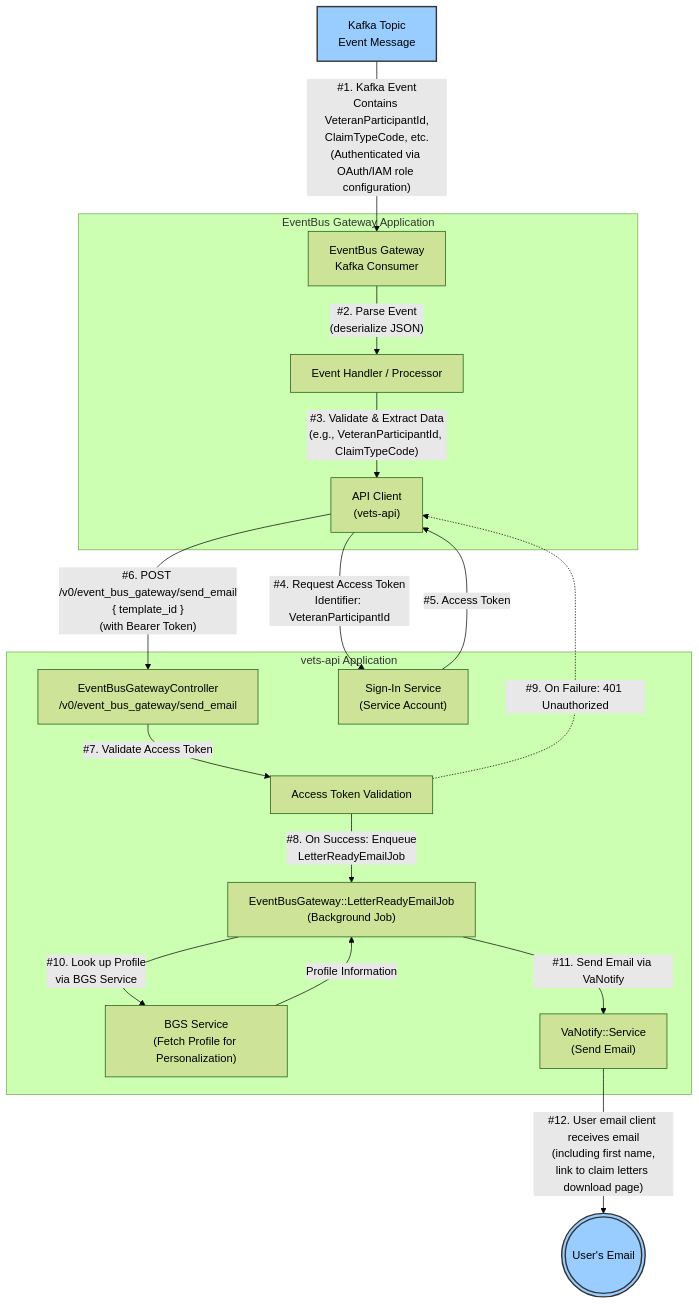
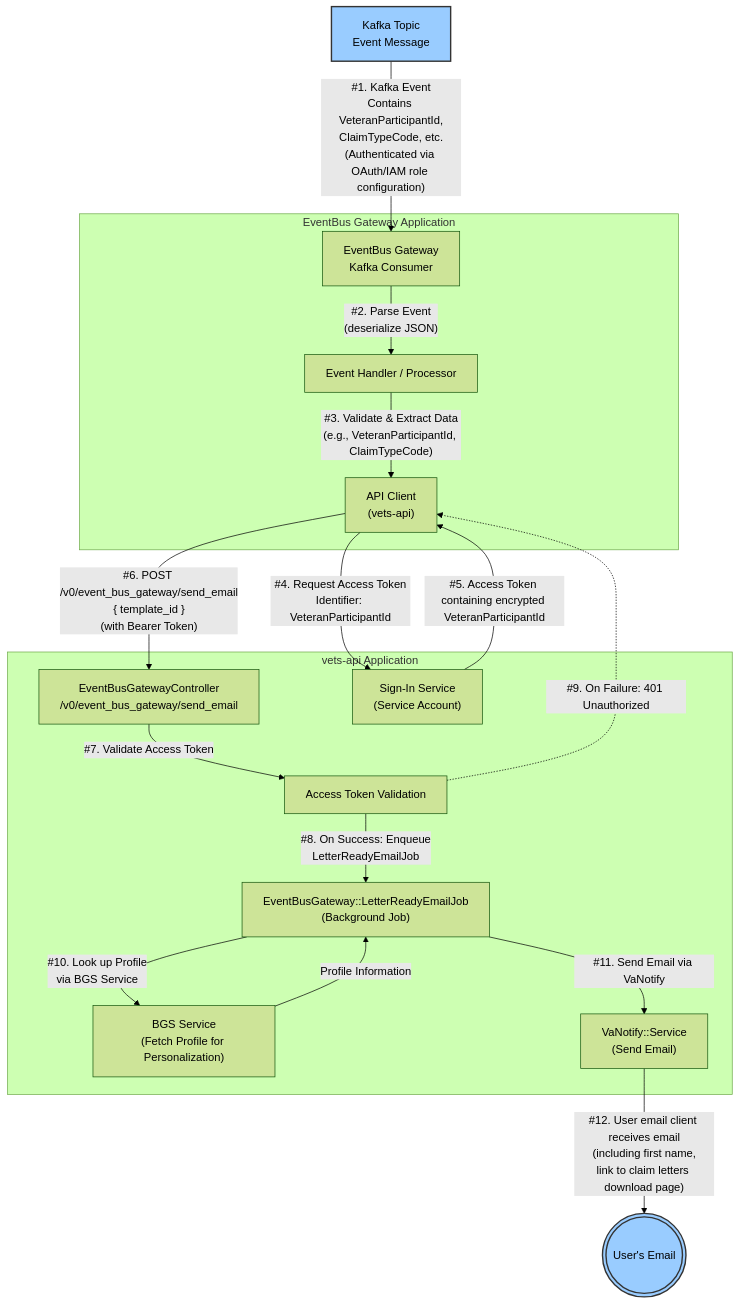
Before and after one commit to department-of-veterans-affairs/va.gov-team: the diagram in products/claim-appeal-status/event-bus-notify/Data Flow Diagram.md, drawn with Mermaid (forest theme).

Commit message:
Update Data Flow Diagram.md

````diff
--- a/products/claim-appeal-status/event-bus-notify/Data Flow Diagram.md
+++ b/products/claim-appeal-status/event-bus-notify/Data Flow Diagram.md
@@ -5,41 +5,41 @@
 ```mermaid
 flowchart TD
     %% External Event Source
     A[Kafka Topic<br/>Event Message]:::external
     subgraph EventBus Gateway Application
         B["EventBus Gateway<br/>Kafka Consumer"]
         C["Event Handler / Processor"]
         D["API Client<br/>(vets-api)"]
     end
     subgraph vets-api Application
         E["EventBusGatewayController<br/>/v0/event_bus_gateway/send_email"]
         I["Sign-In Service<br/>(Service Account)"]
         J["Access Token Validation"]
         F["EventBusGateway::LetterReadyEmailJob<br/>(Background Job)"]
         G["BGS Service<br/>(Fetch Profile for Personalization)"]
         H["VaNotify::Service<br/>(Send Email)"]
     end
     K(((User's Email))):::external
 
     %% Data flow lines
     A -- "#1. Kafka Event<br />Contains VeteranParticipantId,<br />ClaimTypeCode, etc.<br />(Authenticated via OAuth/IAM role configuration)" --> B
     B -- "#2. Parse Event<br />(deserialize JSON)" --> C
     C -- "#3. Validate & Extract Data<br />(e.g., VeteranParticipantId, ClaimTypeCode)" --> D
     D -- "#4. Request Access Token<br />Identifier: VeteranParticipantId" --> I
-    I -- "#5. Access Token" --> D
+    I -- "#5. Access Token containing encrypted VeteranParticipantId" --> D
     D -- "#6. POST /v0/event_bus_gateway/send_email<br />{ template_id }<br />(with Bearer Token)" --> E
     E -- "#7. Validate Access Token" --> J
     J -- "#8. On Success: Enqueue<br />LetterReadyEmailJob" --> F
     J -. "#9. On Failure: 401 Unauthorized" .-> D
     F -- "#10. Look up Profile<br />via BGS Service" --> G
     F -- "#11. Send Email via VaNotify" --> H
     G -- "Profile Information" --> F
     H -- "#12. User email client receives email<br />(including first name,<br />link to claim letters download page)" --> K
 
     %% Styling
     classDef external color:#000,fill:#9cf,stroke:#333,stroke-width:2px
     class A external
 
     %% Dashed arrow for error
     %% J -. "Unauthorized" .-> D
 ```
````
